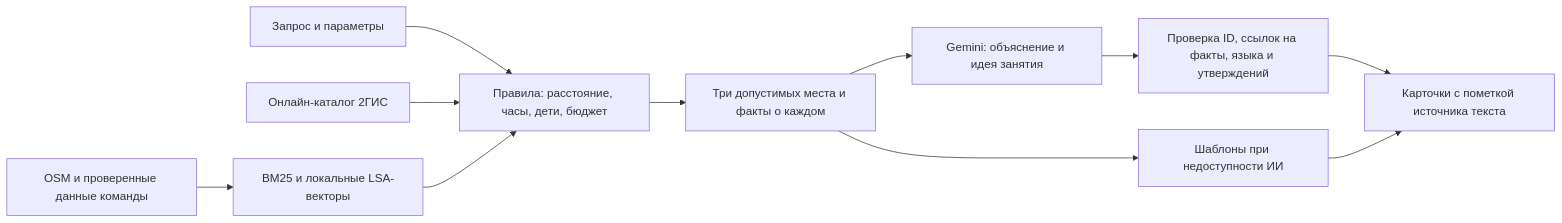
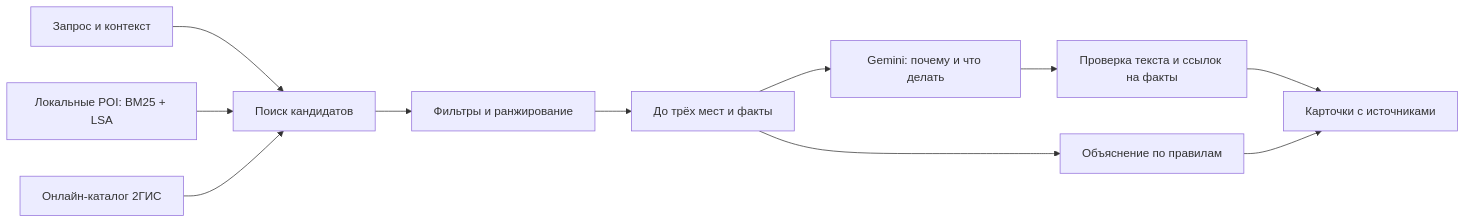
One commit to utepbergenoff/seruen changed the diagram in README.md. Above: the diagram before and after it, drawn with Mermaid. The commit also changed other lines of this file and 8 other files, not shown here.

````diff
--- a/README.md
+++ b/README.md
@@ -21,13 +64,13 @@
 ```mermaid
 flowchart LR
-    Q[Запрос и параметры] --> F[Правила: расстояние, часы, дети, бюджет]
-    D[OSM и проверенные данные команды] --> R[BM25 и локальные LSA-векторы]
-    C[Онлайн-каталог 2ГИС] --> F
-    R --> F
-    F --> P[Три допустимых места и факты о каждом]
-    P --> G[Gemini: объяснение и идея занятия]
-    G --> V[Проверка ID, ссылок на факты, языка и утверждений]
-    V --> O[Карточки с пометкой источника текста]
-    P --> T[Шаблоны при недоступности ИИ]
-    T --> O
+    Q["Запрос и контекст"] --> R["Поиск кандидатов"]
+    L["Локальные POI: BM25 + LSA"] --> R
+    G["Онлайн-каталог 2ГИС"] --> R
+    R --> F["Фильтры и ранжирование"]
+    F --> P["До трёх мест и факты"]
+    P --> AI["Gemini: почему и что делать"]
+    AI --> V["Проверка текста и ссылок на факты"]
+    V --> C["Карточки с источниками"]
+    P --> T["Объяснение по правилам"]
+    T --> C
 ```
````
